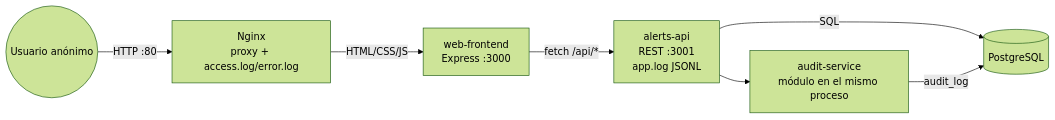
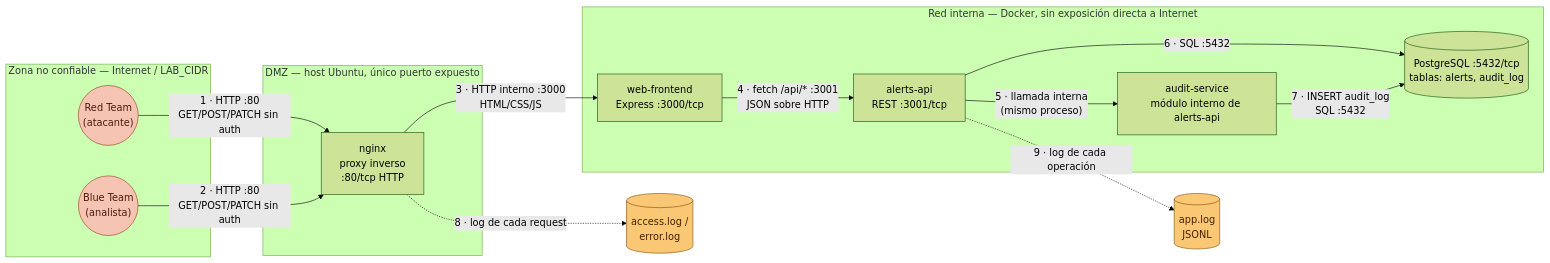
One commit to MissGomezzz/Security_Fundamentals_Lab3 changed the diagram in README.md. Above: the diagram before and after it, drawn with Mermaid (forest theme). The commit also changed other lines of this file, not shown here.

````diff
--- a/README.md
+++ b/README.md
@@ -13,9 +28,41 @@
 ```mermaid
 flowchart LR
-    user((Usuario anónimo)) -->|HTTP :80| nginx["Nginx\nproxy + access.log/error.log"]
-    nginx -->|HTML/CSS/JS| web["web-frontend\nExpress :3000"]
-    web -->|fetch /api/*| api["alerts-api\nREST :3001\napp.log JSONL"]
-    api --> audit["audit-service\nmódulo en el mismo proceso"]
-    api -->|SQL| db[(PostgreSQL)]
-    audit -->|audit_log| db
+    %% ==== Actores ====
+    redteam(("Red Team\n(atacante)")):::actor
+    blueteam(("Blue Team\n(analista)")):::actor
+
+    subgraph TB1["Zona no confiable — Internet / LAB_CIDR"]
+        redteam
+        blueteam
+    end
+
+    subgraph TB2["DMZ — host Ubuntu, único puerto expuesto"]
+        nginx["nginx\nproxy inverso\n:80/tcp HTTP"]
+    end
+
+    subgraph TB3["Red interna — Docker, sin exposición directa a Internet"]
+        web["web-frontend\nExpress :3000/tcp"]
+        api["alerts-api\nREST :3001/tcp"]
+        audit["audit-service\nmódulo interno de alerts-api"]
+        db[("PostgreSQL :5432/tcp\ntablas: alerts, audit_log")]
+    end
+
+    %% ==== Flujos de datos principales (numerados) ====
+    redteam  -->|"1 · HTTP :80\nGET/POST/PATCH sin auth"| nginx
+    blueteam -->|"2 · HTTP :80\nGET/POST/PATCH sin auth"| nginx
+    nginx    -->|"3 · HTTP interno :3000\nHTML/CSS/JS"| web
+    web      -->|"4 · fetch /api/* :3001\nJSON sobre HTTP"| api
+    api      -->|"5 · llamada interna\n(mismo proceso)"| audit
+    api      -->|"6 · SQL :5432"| db
+    audit    -->|"7 · INSERT audit_log\nSQL :5432"| db
+
+    %% ==== Puntos de generación de logs ====
+    accesslog[("access.log /\nerror.log")]:::logstore
+    applog[("app.log\nJSONL")]:::logstore
+
+    nginx -.->|"8 · log de cada request"| accesslog
+    api   -.->|"9 · log de cada operación"| applog
+
+    classDef actor fill:#F5C4B3,stroke:#993C1D,color:#4A1B0C;
+    classDef logstore fill:#FAC775,stroke:#854F0B,color:#412402;
 ```
````
